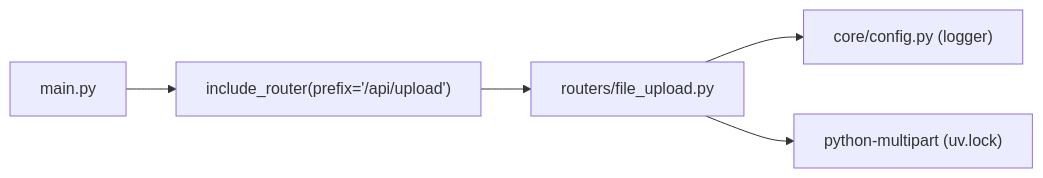
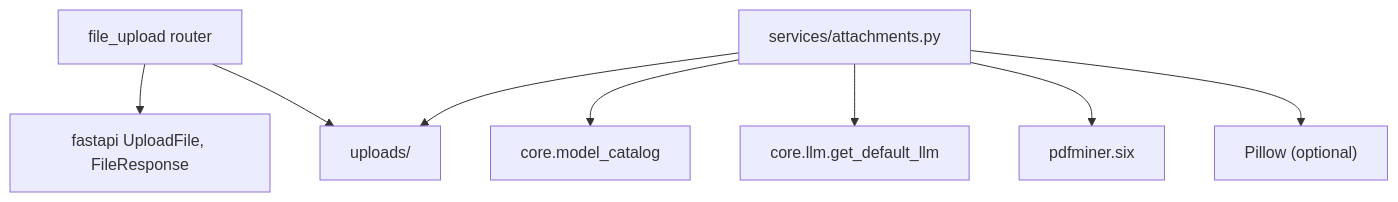
One commit to tashifkhan/tashif.codes changed the sixth of 6 diagrams in src/data/docs/agentic-browser/API Server/File Upload API.md. Above: the diagram before and after it, drawn with Mermaid. The commit also changed other lines of this file and 114 other files, not shown here.

````diff
--- a/src/data/docs/agentic-browser/API Server/File Upload API.md
+++ b/src/data/docs/agentic-browser/API Server/File Upload API.md
@@ -164,7 +181,10 @@
 ```mermaid
-graph LR
-MAIN["main.py"] --> REG["include_router(prefix='/api/upload')"]
-REG --> ROUTER["routers/file_upload.py"]
-ROUTER --> LOG["core/config.py (logger)"]
-ROUTER --> DEP["python-multipart (uv.lock)"]
+graph TB
+  UP["file_upload router"] --> FS["uploads/"]
+  UP --> FA["fastapi UploadFile, FileResponse"]
+  ATT["services/attachments.py"] --> PILLOW["Pillow (optional)"]
+  ATT --> PDF["pdfminer.six"]
+  ATT --> LLM["core.llm.get_default_llm"]
+  ATT --> CAT["core.model_catalog"]
+  ATT --> FS
 ```
````
